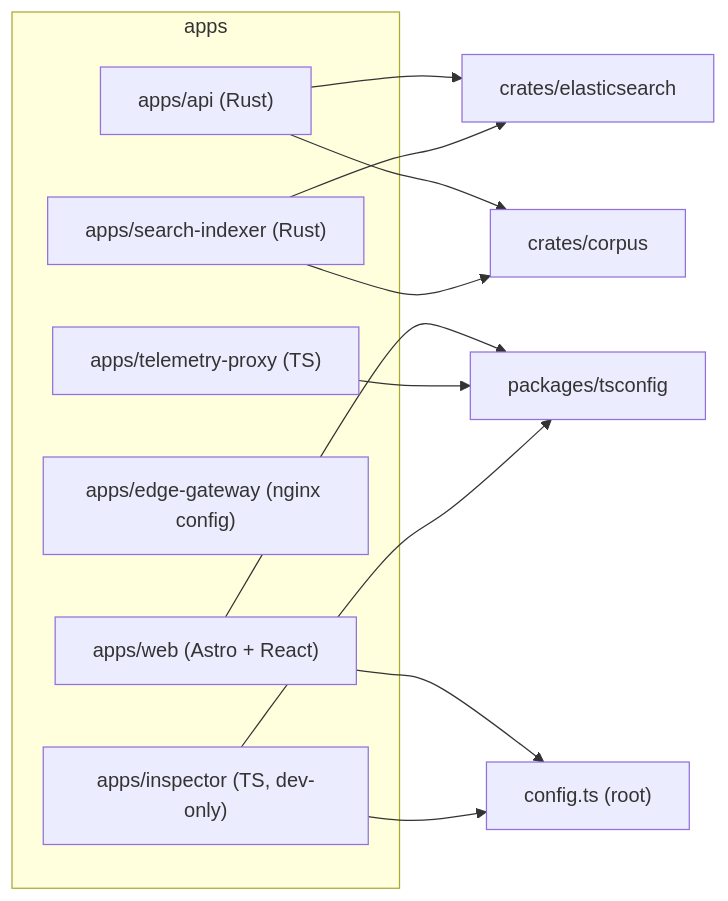
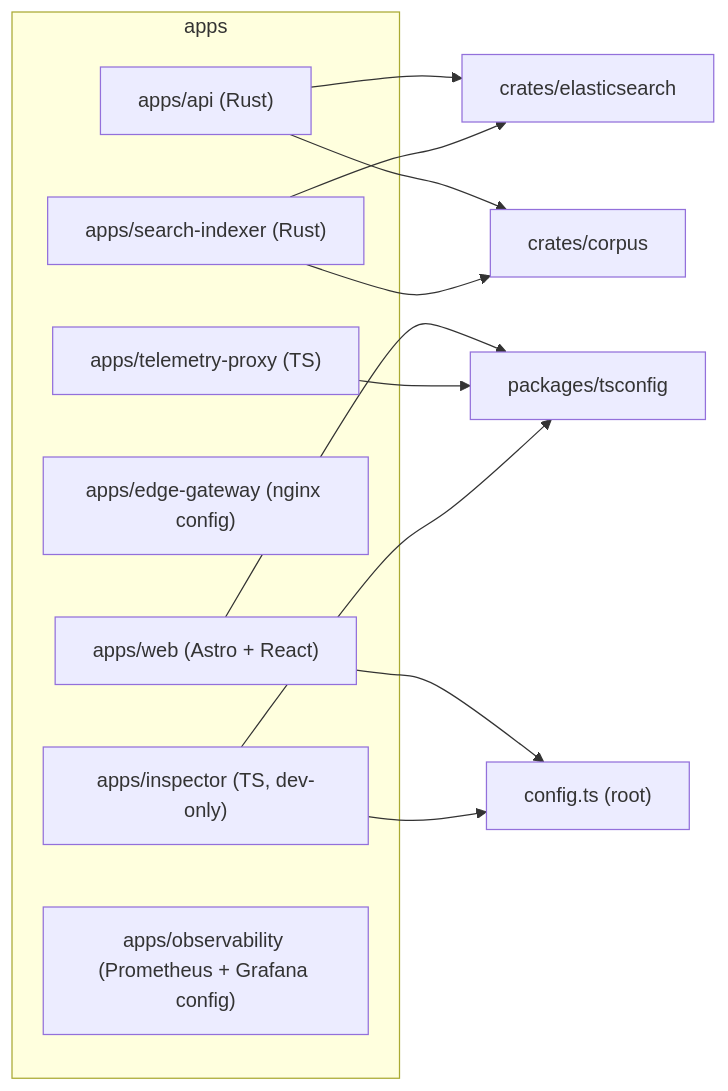
One commit to raaqimorg/qafiyah changed the fourth of 4 diagrams in docs/topology.md. Above: the diagram before and after it, drawn with Mermaid. The commit also changed other lines of this file and 86 other files, not shown here.

First line of the commit message:
feat(observability): add a private Prometheus, Loki, Alloy, and Grafana stack for latency, slow queries, resources, edge cache, and logs, and log the API through tracing (#193)

````diff
--- a/docs/topology.md
+++ b/docs/topology.md
@@ -84,25 +96,26 @@
 ```mermaid
 flowchart LR
     subgraph apps
         api["apps/api (Rust)"]
         web["apps/web (Astro + React)"]
         indexer["apps/search-indexer (Rust)"]
         edge["apps/edge-gateway (nginx config)"]
         telemetry["apps/telemetry-proxy (TS)"]
         inspector["apps/inspector (TS, dev-only)"]
+        observability["apps/observability (Prometheus + Grafana config)"]
     end
     tsconfig["packages/tsconfig"]
     es_crate["crates/elasticsearch"]
     corpus_crate["crates/corpus"]
     config["config.ts (root)"]
 
     web --> tsconfig
     telemetry --> tsconfig
     inspector --> tsconfig
     web --> config
     inspector --> config
     api --> es_crate
     indexer --> es_crate
     api --> corpus_crate
     indexer --> corpus_crate
 ```
````
